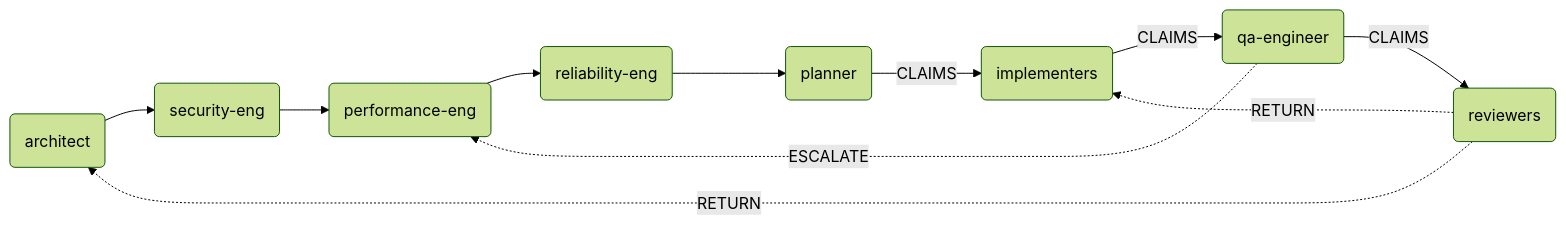
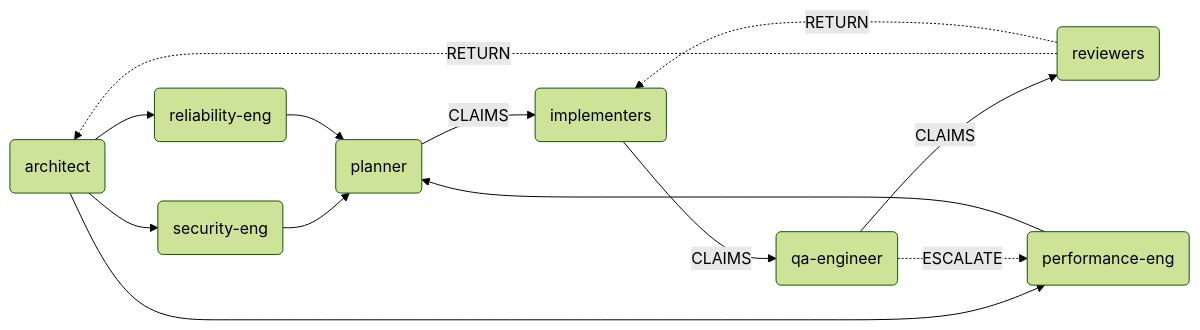
Before and after one commit to applicate2628/Orchestrarium: the third of 6 diagrams in references-codex/operating-model-diagram.md, drawn with Mermaid (forest theme). The commit also changed other lines of this file and 12 other files, not shown here.

````diff
--- a/references-codex/operating-model-diagram.md
+++ b/references-codex/operating-model-diagram.md
@@ -57,16 +57,18 @@
 ```mermaid
 flowchart LR
     AR("architect") --> SE("security-eng")
-    SE --> PE("performance-eng")
-    PE --> RE("reliability-eng")
+    AR --> PE("performance-eng")
+    AR --> RE("reliability-eng")
 
-    RE --> PL("planner")
+    SE --> PL("planner")
+    PE --> PL
+    RE --> PL
 
     PL -->|"CLAIMS"| IM("implementers")
     IM -->|"CLAIMS"| QA("qa-engineer")
     QA -->|"CLAIMS"| RV("reviewers")
 
     QA -. "ESCALATE" .-> PE
     RV -. "RETURN" .-> AR
     RV -. "RETURN" .-> IM
 ```
````
